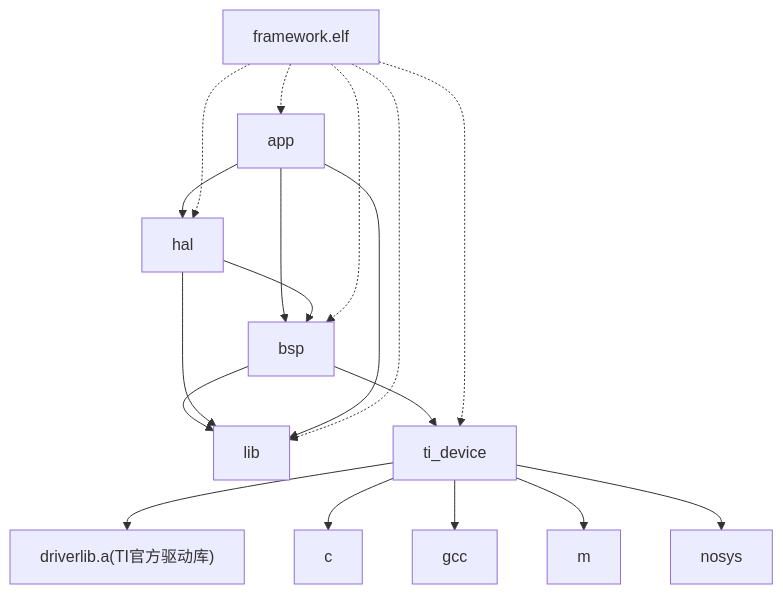
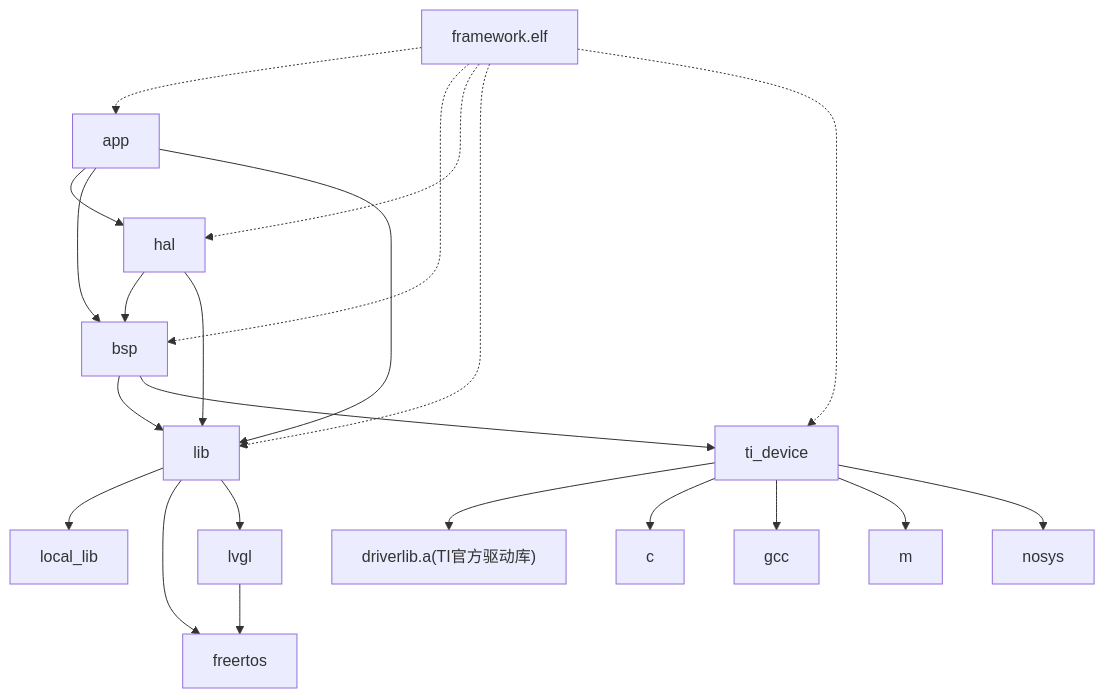
One commit to OohShuo/mspm0g3507_framework changed the diagram in README.md. Above: the diagram before and after it, drawn with Mermaid. The commit also changed other lines of this file and 1 other file, not shown here.

````diff
--- a/README.md
+++ b/README.md
@@ -80,33 +106,42 @@
 ``` mermaid
 graph TD
     app[app]
     bsp[bsp]
+    hal[hal]
     lib[lib]
+    local_lib[local_lib]
+    freertos[freertos]
+    lvgl[lvgl]
     ti_device[ti_device]
     driverlib.a["driverlib.a(TI官方驱动库)"]
     c[c]
     gcc[gcc]
     m[m]
     nosys[nosys]
-    hal[hal]
     framework_elf["framework.elf"]
 
-    bsp --> lib
+    lib --> local_lib
+    lib --> freertos
+    lib --> lvgl
+    lvgl --> freertos
+
     ti_device --> driverlib.a
     ti_device --> c
     ti_device --> gcc
     ti_device --> m
     ti_device --> nosys
+
+    bsp --> lib
     bsp --> ti_device
-    app --> bsp
     hal --> bsp
     hal --> lib
     app --> hal
+    app --> bsp
     app --> lib
-    
+
     framework_elf -.-> app
     framework_elf -.-> bsp
     framework_elf -.-> hal
     framework_elf -.-> lib
     framework_elf -.-> ti_device
 ```
````
